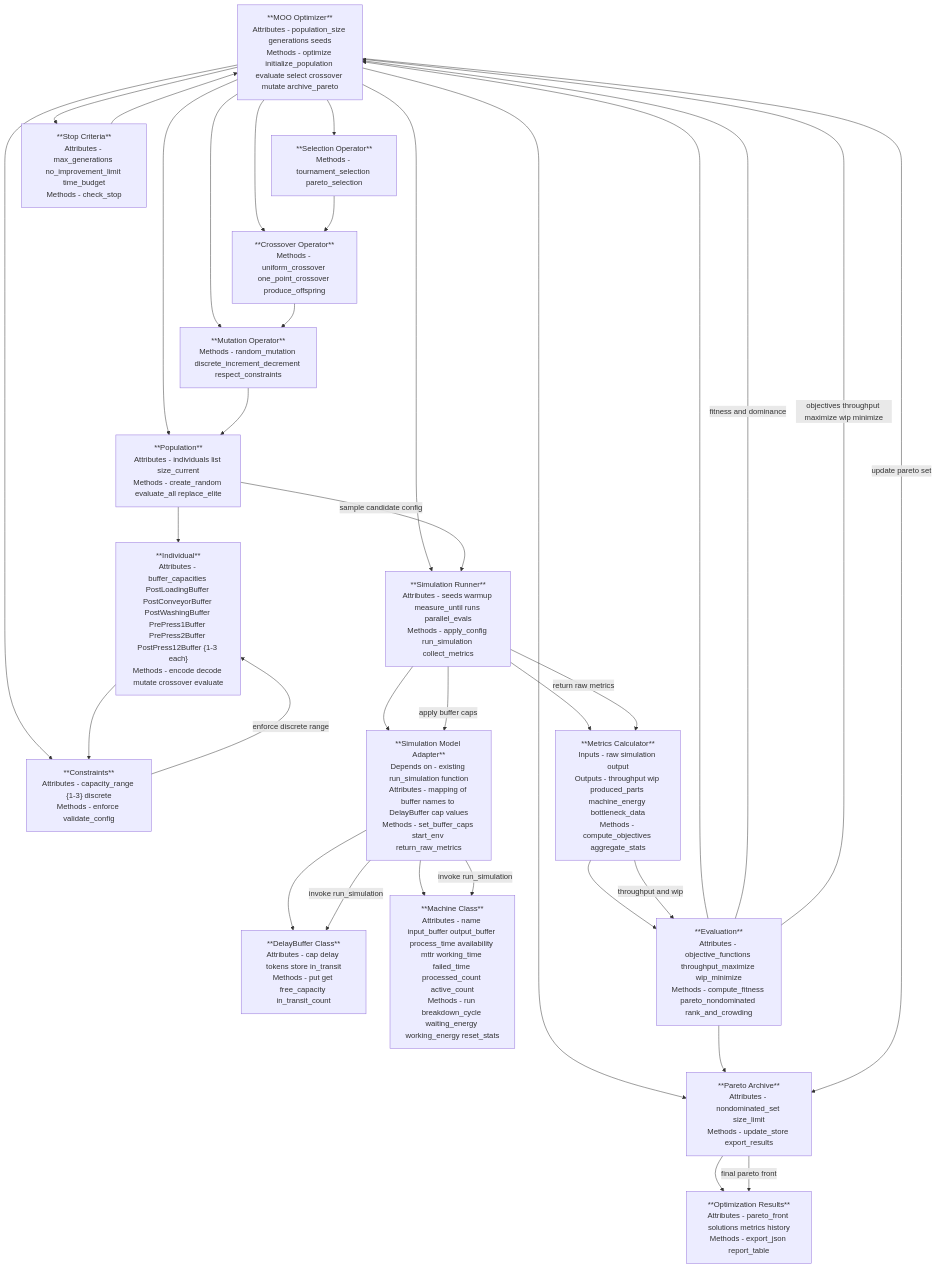
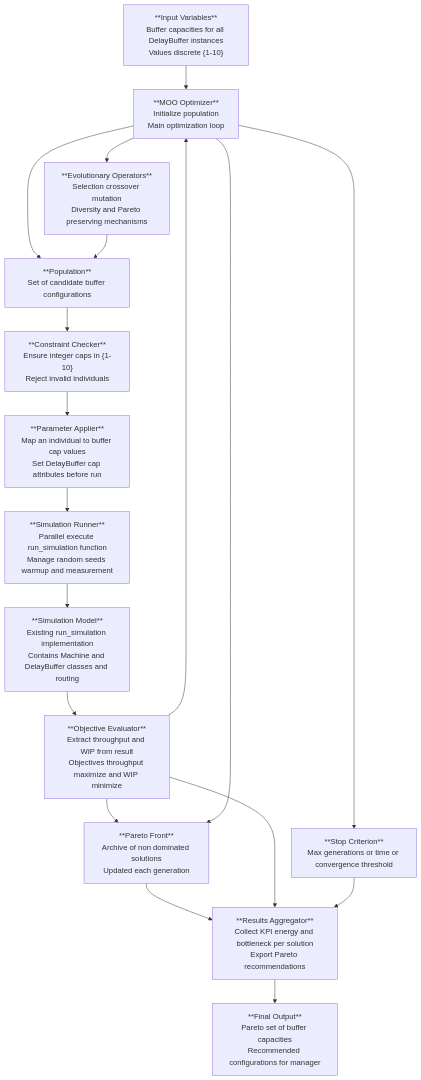
Before and after one commit to ViktorNorberg/LLM-DES-MOO-Modeling: the diagram in results/UML.mmd, drawn with Mermaid. The commit also changed 19 other files, not shown here.

```diff
--- a/results/UML.mmd
+++ b/results/UML.mmd
@@ -1,57 +1,32 @@
 flowchart TD
-MOOOptimizer["**MOO Optimizer**<br/>Attributes - population_size generations seeds<br/>Methods - optimize initialize_population evaluate select crossover mutate archive_pareto"] 
-Population["**Population**<br/>Attributes - individuals list size_current<br/>Methods - create_random evaluate_all replace_elite"] 
-Individual["**Individual**<br/>Attributes - buffer_capacities PostLoadingBuffer PostConveyorBuffer PostWashingBuffer PrePress1Buffer PrePress2Buffer PostPress12Buffer {1-3 each}<br/>Methods - encode decode mutate crossover evaluate"] 
-Constraints["**Constraints**<br/>Attributes - capacity_range {1-3} discrete<br/>Methods - enforce validate_config"] 
-SimulationRunner["**Simulation Runner**<br/>Attributes - seeds warmup measure_until runs parallel_evals<br/>Methods - apply_config run_simulation collect_metrics"] 
-SimulationModel["**Simulation Model Adapter**<br/>Depends on - existing run_simulation function<br/>Attributes - mapping of buffer names to DelayBuffer cap values<br/>Methods - set_buffer_caps start_env return_raw_metrics"] 
-DelayBufferClass["**DelayBuffer Class**<br/>Attributes - cap delay tokens store in_transit<br/>Methods - put get free_capacity in_transit_count"] 
-MachineClass["**Machine Class**<br/>Attributes - name input_buffer output_buffer process_time availability mttr working_time failed_time processed_count active_count<br/>Methods - run breakdown_cycle waiting_energy working_energy reset_stats"] 
-MetricsCalculator["**Metrics Calculator**<br/>Inputs - raw simulation output<br/>Outputs - throughput wip produced_parts machine_energy bottleneck_data<br/>Methods - compute_objectives aggregate_stats"] 
-Evaluation["**Evaluation**<br/>Attributes - objective_functions throughput_maximize wip_minimize<br/>Methods - compute_fitness pareto_nondominated rank_and_crowding"] 
-Selection["**Selection Operator**<br/>Methods - tournament_selection pareto_selection"] 
-Crossover["**Crossover Operator**<br/>Methods - uniform_crossover one_point_crossover produce_offspring"] 
-Mutation["**Mutation Operator**<br/>Methods - random_mutation discrete_increment_decrement respect_constraints"] 
-Archive["**Pareto Archive**<br/>Attributes - nondominated_set size_limit<br/>Methods - update_store export_results"] 
-StopCriteria["**Stop Criteria**<br/>Attributes - max_generations no_improvement_limit time_budget<br/>Methods - check_stop"] 
-Results["**Optimization Results**<br/>Attributes - pareto_front solutions metrics history<br/>Methods - export_json report_table"] 
+Input_Vars["**Input Variables**<br/>Buffer capacities for all DelayBuffer instances<br/>Values discrete {1-10}"]
+MOO_Optimizer["**MOO Optimizer**<br/>Initialize population<br/>Main optimization loop"]
+Population["**Population**<br/>Set of candidate buffer configurations"]
+Constraint_Checker["**Constraint Checker**<br/>Ensure integer caps in {1-10}<br/>Reject invalid individuals"]
+Parameter_Applier["**Parameter Applier**<br/>Map an individual to buffer cap values<br/>Set DelayBuffer cap attributes before run"]
+Simulation_Runner["**Simulation Runner**<br/>Parallel execute run_simulation function<br/>Manage random seeds warmup and measurement"]
+Simulation_Model["**Simulation Model**<br/>Existing run_simulation implementation<br/>Contains Machine and DelayBuffer classes and routing"]
+Objective_Evaluator["**Objective Evaluator**<br/>Extract throughput and WIP from result<br/>Objectives throughput maximize and WIP minimize"]
+Evolutionary_Operators["**Evolutionary Operators**<br/>Selection crossover mutation<br/>Diversity and Pareto preserving mechanisms"]
+Pareto_Archive["**Pareto Front**<br/>Archive of non dominated solutions<br/>Updated each generation"]
+Results_Aggregator["**Results Aggregator**<br/>Collect KPI energy and bottleneck per solution<br/>Export Pareto recommendations"]
+Stop_Criterion["**Stop Criterion**<br/>Max generations or time or convergence threshold"]
+Final_Output["**Final Output**<br/>Pareto set of buffer capacities<br/>Recommended configurations for manager"]
 
-MOOOptimizer --> Population
-MOOOptimizer --> Constraints
-Population --> Individual
-Individual --> Constraints
-MOOOptimizer --> SimulationRunner
-SimulationRunner --> SimulationModel
-SimulationModel --> DelayBufferClass
-SimulationModel --> MachineClass
-SimulationRunner --> MetricsCalculator
-MetricsCalculator --> Evaluation
-Evaluation --> MOOOptimizer
-MOOOptimizer --> Selection
-MOOOptimizer --> Crossover
-MOOOptimizer --> Mutation
-Selection --> Crossover
-Crossover --> Mutation
-Mutation --> Population
-MOOOptimizer --> Archive
-Evaluation --> Archive
-Archive --> Results
-MOOOptimizer --> StopCriteria
-StopCriteria --> MOOOptimizer
-
-%% Interaction flow for one generation
-Population -->|sample candidate config| SimulationRunner
-SimulationRunner -->|apply buffer caps| SimulationModel
-SimulationModel -->|invoke run_simulation| MachineClass
-SimulationModel -->|invoke run_simulation| DelayBufferClass
-SimulationRunner -->|return raw metrics| MetricsCalculator
-MetricsCalculator -->|throughput and wip| Evaluation
-Evaluation -->|fitness and dominance| MOOOptimizer
-
-%% Notes on discrete inputs and objectives
-Constraints -->|enforce discrete range| Individual
-Evaluation -->|objectives throughput maximize wip minimize| MOOOptimizer
-
-%% Archive and output
-MOOOptimizer -->|update pareto set| Archive
-Archive -->|final pareto front| Results
+Input_Vars --> MOO_Optimizer
+MOO_Optimizer --> Population
+Population --> Constraint_Checker
+Constraint_Checker --> Parameter_Applier
+Parameter_Applier --> Simulation_Runner
+Simulation_Runner --> Simulation_Model
+Simulation_Model --> Objective_Evaluator
+Objective_Evaluator --> MOO_Optimizer
+MOO_Optimizer --> Evolutionary_Operators
+Evolutionary_Operators --> Population
+Objective_Evaluator --> Pareto_Archive
+MOO_Optimizer --> Pareto_Archive
+Pareto_Archive --> Results_Aggregator
+Objective_Evaluator --> Results_Aggregator
+MOO_Optimizer --> Stop_Criterion
+Stop_Criterion --> Results_Aggregator
+Results_Aggregator --> Final_Output
```
